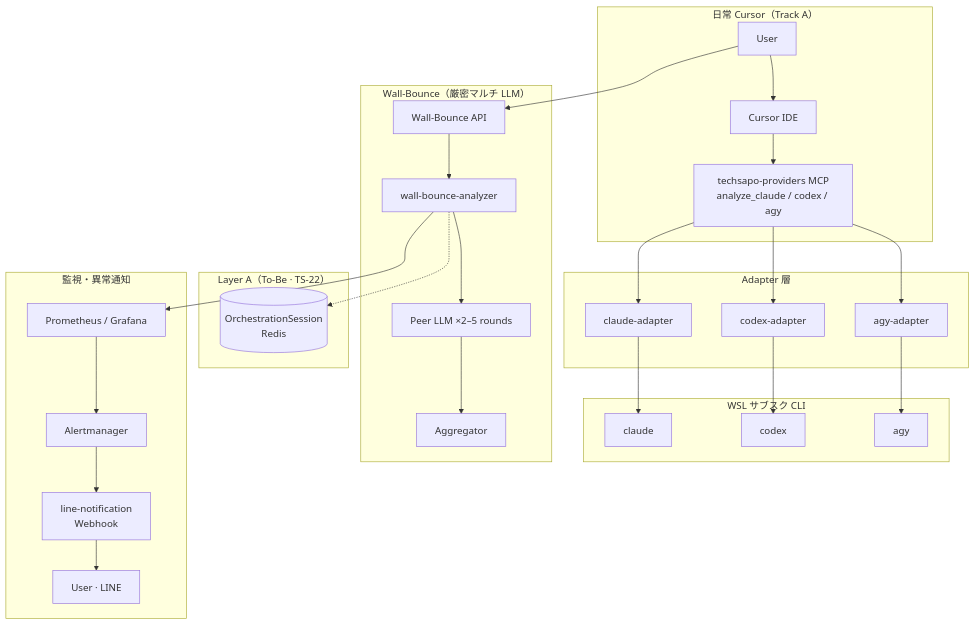
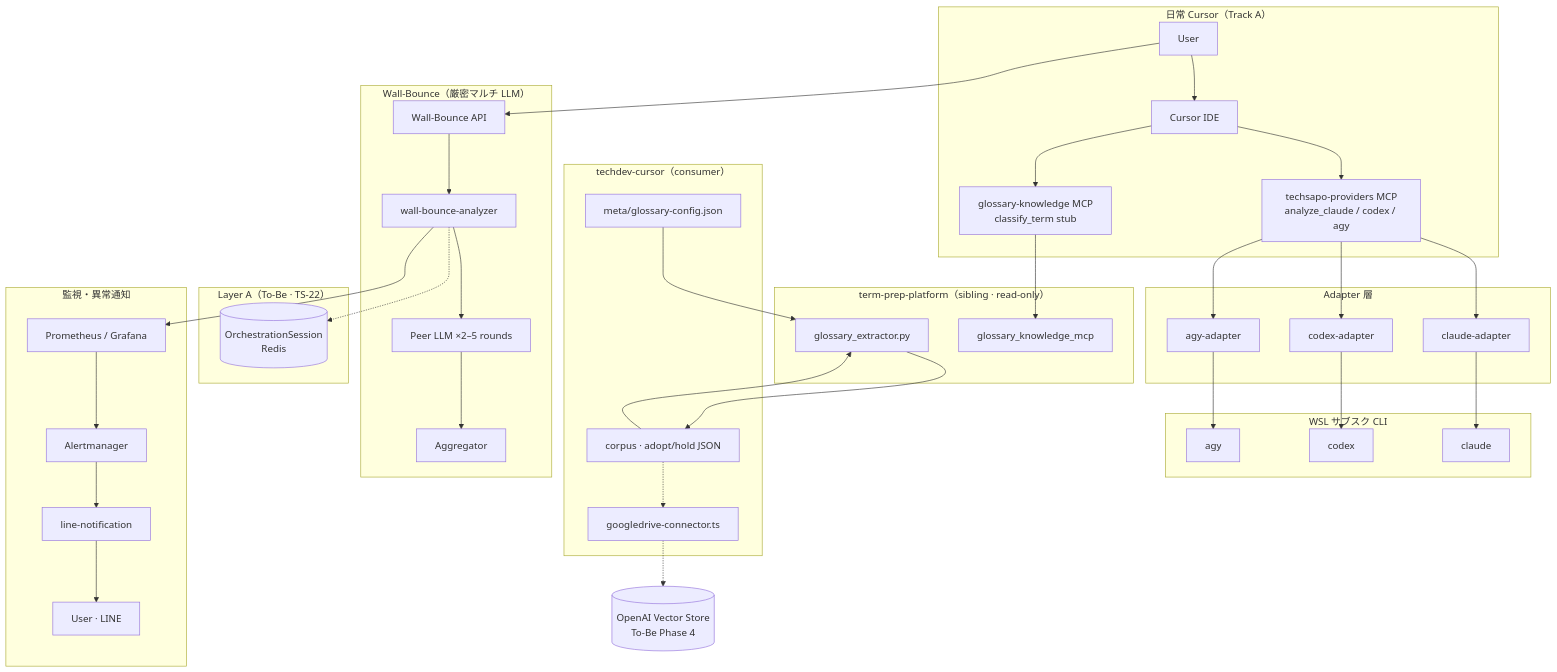
One commit to wombat2006/techdev-cursor changed the diagram in README.md. Above: the diagram before and after it, drawn with Mermaid. The commit also changed other lines of this file and 1 other file, not shown here.

Commit message:
docs: update README architecture diagram for glossary prep flow
Add term-prep-platform sibling, glossary-knowledge MCP, consumer
config/adopt-hold, and Phase 4 RAG path to the overview mermaid.

````diff
--- a/README.md
+++ b/README.md
@@ -37,47 +37,69 @@
 ```mermaid
 flowchart TB
-  subgraph daily["日常 Cursor（Track A）"]
+  subgraph trackA["日常 Cursor（Track A）"]
     U1[User]
     CUR[Cursor IDE]
     MCP[techsapo-providers MCP<br/>analyze_claude / codex / agy]
+    GK_MCP[glossary-knowledge MCP<br/>classify_term stub]
+  end
+
+  subgraph repo["techdev-cursor（consumer）"]
+    CFG[meta/glossary-config.json]
+    CORP[corpus · adopt/hold JSON]
+    GD[googledrive-connector.ts]
+  end
+
+  subgraph platform["term-prep-platform（sibling · read-only）"]
+    EXT[glossary_extractor.py]
+    GK[glossary_knowledge_mcp]
   end
 
   subgraph adapters["Adapter 層"]
     AD1[claude-adapter]
     AD2[codex-adapter]
     AD3[agy-adapter]
   end
 
   subgraph cli["WSL サブスク CLI"]
     CL[claude]
     CX[codex]
     AG[agy]
   end
 
   subgraph wb["Wall-Bounce（厳密マルチ LLM）"]
     API[Wall-Bounce API]
     WBA[wall-bounce-analyzer]
     PEER[Peer LLM ×2–5 rounds]
     AGG[Aggregator]
   end
 
   subgraph mem["Layer A（To-Be · TS-22）"]
     REDIS[(OrchestrationSession<br/>Redis)]
   end
 
   subgraph mon["監視・異常通知"]
     PROM[Prometheus / Grafana]
     AM[Alertmanager]
-    LN[line-notification<br/>Webhook]
+    LN[line-notification]
     U2[User · LINE]
   end
 
-  U1 --> CUR --> MCP
+  VS[(OpenAI Vector Store<br/>To-Be Phase 4)]
+
+  U1 --> CUR
+  CUR --> MCP
+  CUR --> GK_MCP
   MCP --> AD1 & AD2 & AD3
   AD1 --> CL
   AD2 --> CX
   AD3 --> AG
+  GK_MCP --> GK
+  CFG --> EXT
+  CORP --> EXT
+  EXT --> CORP
+  GD -.-> VS
+  CORP -.-> GD
   U1 --> API --> WBA --> PEER --> AGG
   WBA -.-> REDIS
   WBA --> PROM --> AM --> LN --> U2
 ```
````
